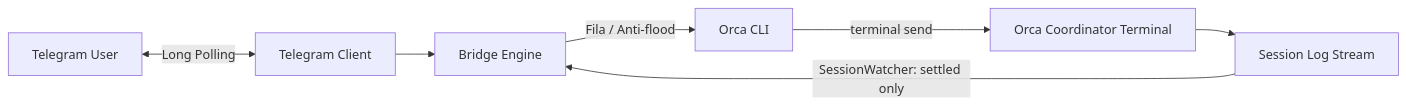
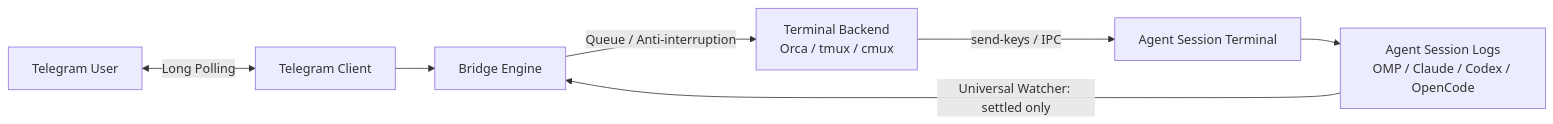
One commit to renatocassino/agent-relay changed the diagram in README.md. Above: the diagram before and after it, drawn with Mermaid. The commit also changed other lines of this file and 3 other files, not shown here.

````diff
--- a/README.md
+++ b/README.md
@@ -69,9 +78,9 @@
 ```mermaid
 flowchart LR
     A[Telegram User] <-->|Long Polling| B[Telegram Client]
     B --> C[Bridge Engine]
-    C -->|Fila / Anti-flood| D[Orca CLI]
-    D -->|terminal send| E[Orca Coordinator Terminal]
-    E --> F[Session Log Stream]
-    F -->|SessionWatcher: settled only| C
+    C -->|Queue / Anti-interruption| D[Terminal Backend\nOrca / tmux / cmux]
+    D -->|send-keys / IPC| E[Agent Session Terminal]
+    E --> F[Agent Session Logs\nOMP / Claude / Codex / OpenCode]
+    F -->|Universal Watcher: settled only| C
 ```
````
